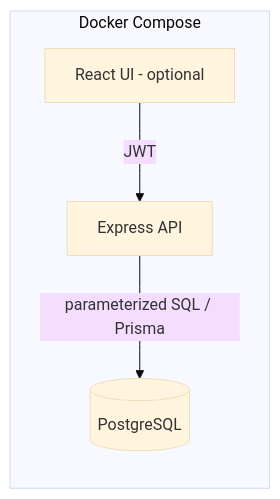
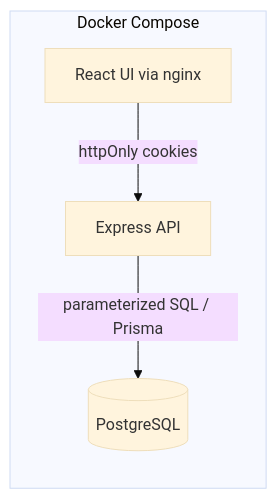
One commit to khushalB-sf/mern-poc changed the first of 2 diagrams in docs/01-requirements-analysis.md. Above: the diagram before and after it, drawn with Mermaid (base theme). The commit also changed other lines of this file and 8 other files, not shown here.

First line of the commit message:
docs: update architecture and task plan to reflect implementation status and progress

````diff
--- a/docs/01-requirements-analysis.md
+++ b/docs/01-requirements-analysis.md
@@ -180,10 +180,10 @@
 ```mermaid
 flowchart LR
-  UI[React UI - optional] -->|JWT| API[Express API]
+  UI[React UI via nginx] -->|httpOnly cookies| API[Express API]
   API -->|parameterized SQL / Prisma| DB[(PostgreSQL)]
   subgraph Docker Compose
     API
     DB
     UI
   end
 ```
````
